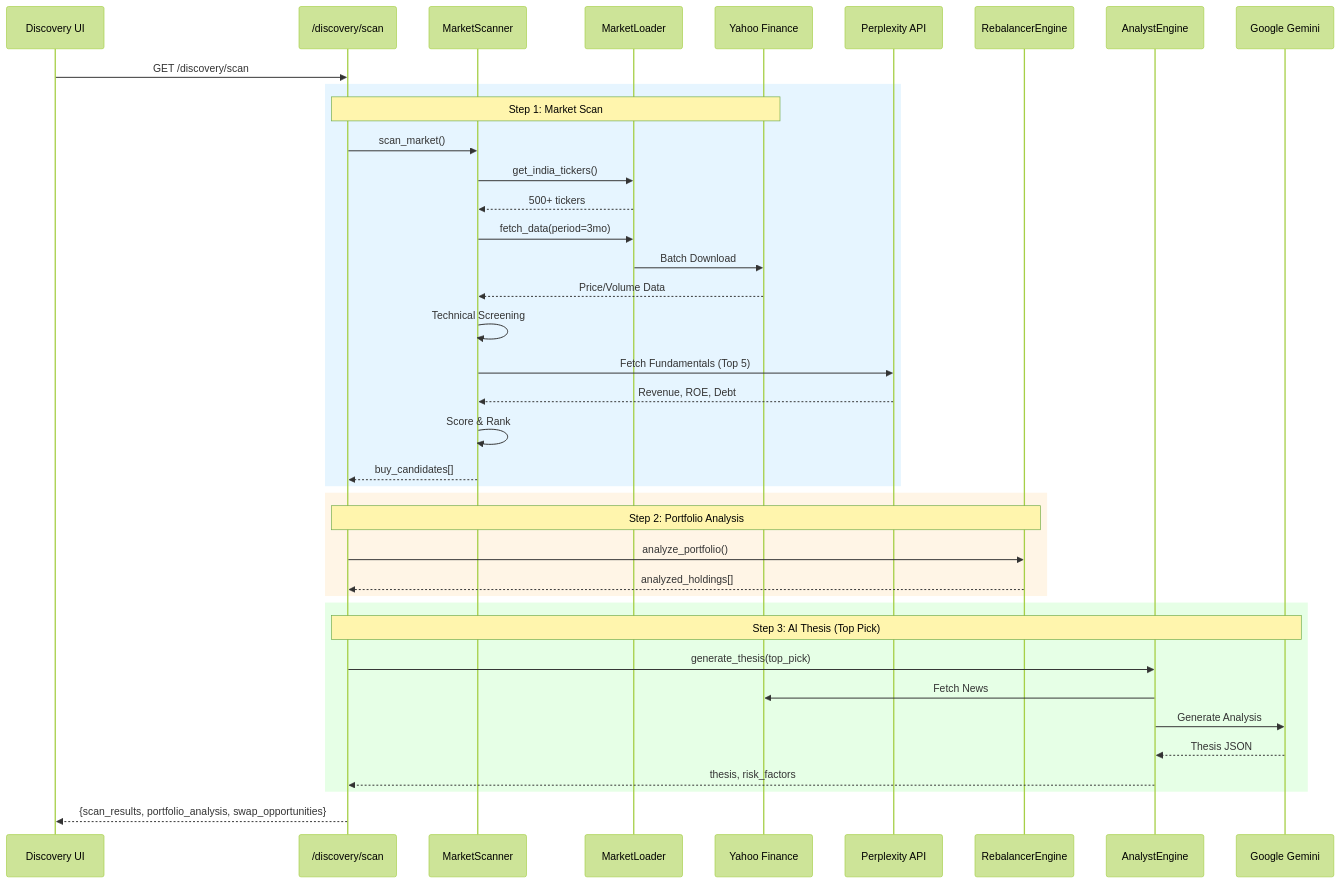
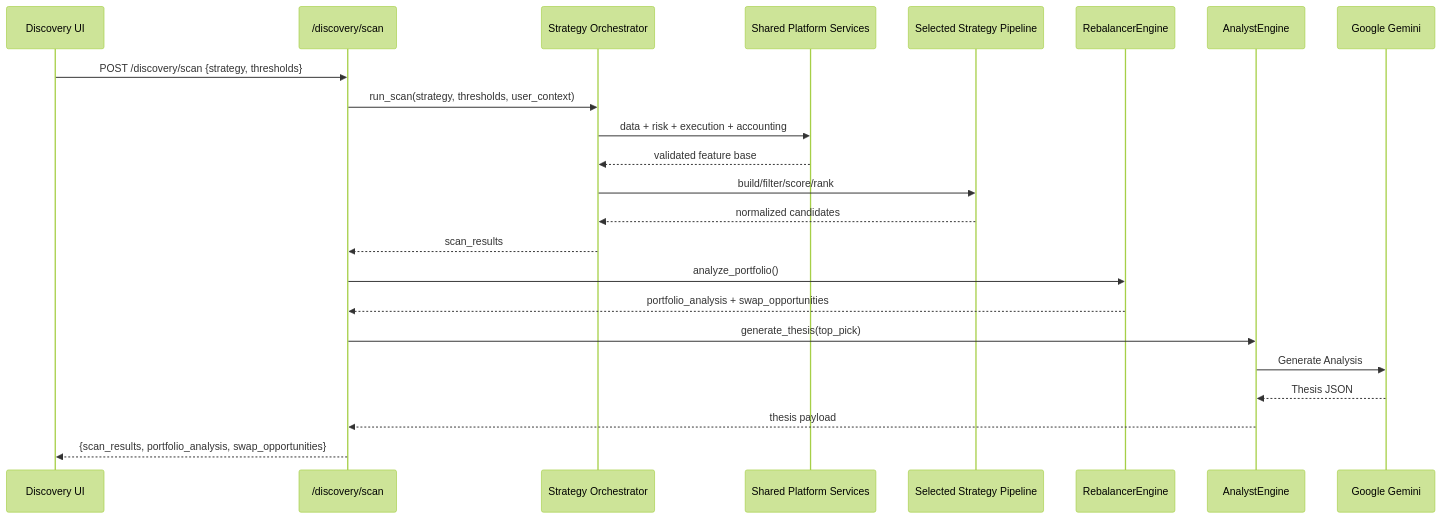
The second of 2 diagrams in docs/discovery_architecture.md (AbhishekR2030/AIfullstackmanager), drawn with Mermaid (forest theme) before and after one commit. The commit also changed other lines of this file and 31 other files, not shown here.

````diff
--- a/docs/discovery_architecture.md
+++ b/docs/discovery_architecture.md
@@ -178,46 +149,29 @@
 ```mermaid
 sequenceDiagram
     participant UI as Discovery UI
     participant API as /discovery/scan
-    participant Scanner as MarketScanner
-    participant Loader as MarketLoader
-    participant YF as Yahoo Finance
-    participant PPL as Perplexity API
+    participant Scanner as Strategy Orchestrator
+    participant Shared as Shared Platform Services
+    participant Strategy as Selected Strategy Pipeline
     participant Rebal as RebalancerEngine
     participant Analyst as AnalystEngine
     participant Gemini as Google Gemini
-    
-    UI->>API: GET /discovery/scan
-    
-    rect rgb(230, 245, 255)
-        Note over API,YF: Step 1: Market Scan
-        API->>Scanner: scan_market()
-        Scanner->>Loader: get_india_tickers()
-        Loader-->>Scanner: 500+ tickers
-        Scanner->>Loader: fetch_data(period=3mo)
-        Loader->>YF: Batch Download
-        YF-->>Scanner: Price/Volume Data
-        Scanner->>Scanner: Technical Screening
-        Scanner->>PPL: Fetch Fundamentals (Top 5)
-        PPL-->>Scanner: Revenue, ROE, Debt
-        Scanner->>Scanner: Score & Rank
-        Scanner-->>API: buy_candidates[]
-    end
-    
-    rect rgb(255, 245, 230)
-        Note over API,Rebal: Step 2: Portfolio Analysis
-        API->>Rebal: analyze_portfolio()
-        Rebal-->>API: analyzed_holdings[]
-    end
-    
-    rect rgb(230, 255, 230)
-        Note over API,Gemini: Step 3: AI Thesis (Top Pick)
-        API->>Analyst: generate_thesis(top_pick)
-        Analyst->>YF: Fetch News
-        Analyst->>Gemini: Generate Analysis
-        Gemini-->>Analyst: Thesis JSON
-        Analyst-->>API: thesis, risk_factors
-    end
-    
+
+    UI->>API: POST /discovery/scan {strategy, thresholds}
+    API->>Scanner: run_scan(strategy, thresholds, user_context)
+    Scanner->>Shared: data + risk + execution + accounting
+    Shared-->>Scanner: validated feature base
+    Scanner->>Strategy: build/filter/score/rank
+    Strategy-->>Scanner: normalized candidates
+    Scanner-->>API: scan_results
+
+    API->>Rebal: analyze_portfolio()
+    Rebal-->>API: portfolio_analysis + swap_opportunities
+
+    API->>Analyst: generate_thesis(top_pick)
+    Analyst->>Gemini: Generate Analysis
+    Gemini-->>Analyst: Thesis JSON
+    Analyst-->>API: thesis payload
+
     API-->>UI: {scan_results, portfolio_analysis, swap_opportunities}
 ```
````
